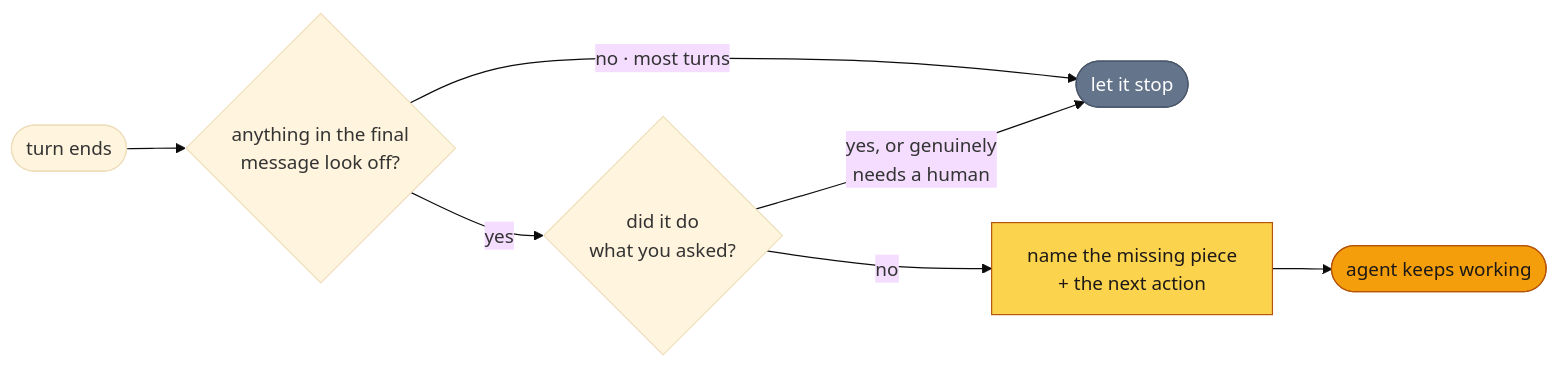
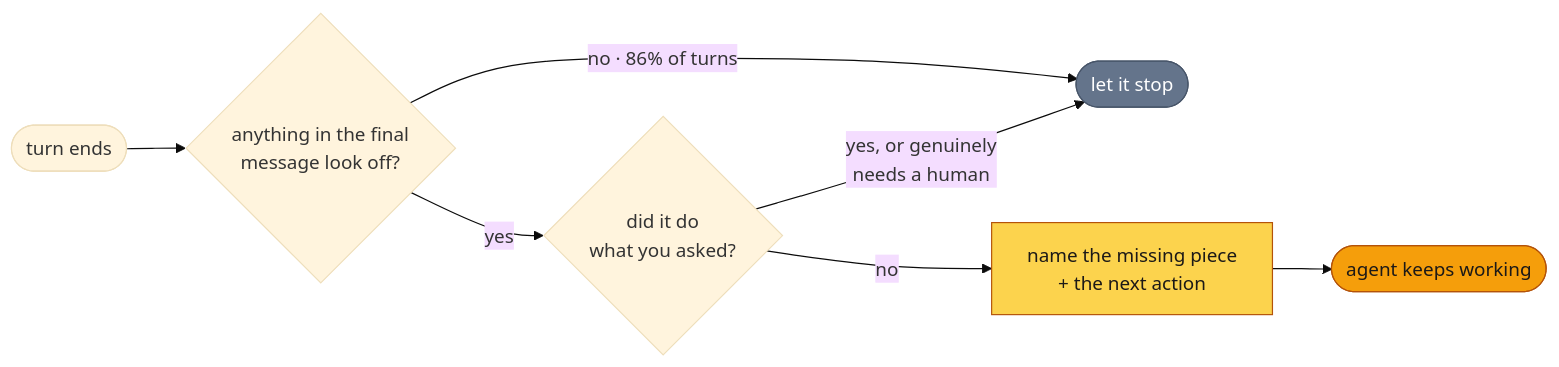
The diagram in README.md (fainir/flipback), drawn with Mermaid (base theme) before and after one commit. The commit also changed other lines of this file, not shown here.

````diff
--- a/README.md
+++ b/README.md
@@ -151,13 +164,13 @@
 ```mermaid
 flowchart LR
     A([turn ends]) --> B{"anything in the final<br/>message look off?"}
-    B -->|"no · most turns"| Z([let it stop])
+    B -->|"no · 86% of turns"| Z([let it stop])
     B -->|yes| C{"did it do<br/>what you asked?"}
     C -->|"yes, or genuinely<br/>needs a human"| Z
     C -->|no| D["name the missing piece<br/>+ the next action"]
     D --> E([agent keeps working])
 
     style Z fill:#64748B,stroke:#475569,color:#fff
     style E fill:#F59E0B,stroke:#B45309,color:#1c1917
     style D fill:#FCD34D,stroke:#B45309,color:#1c1917
 ```
````
